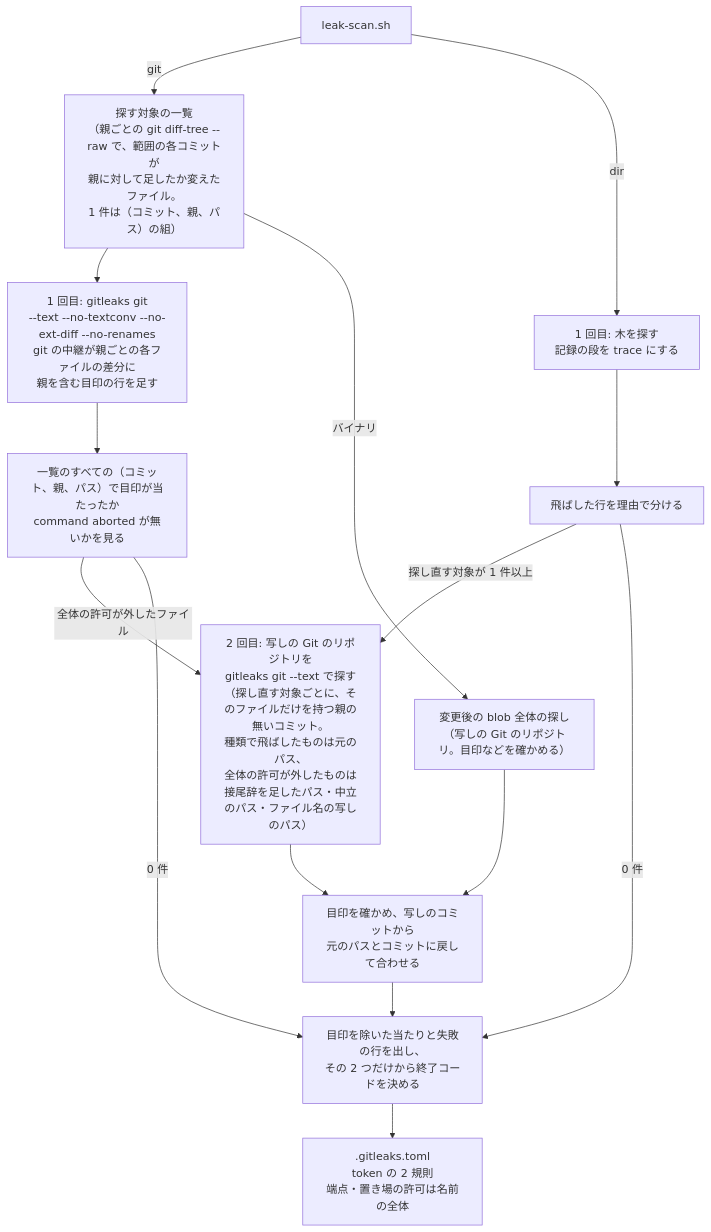
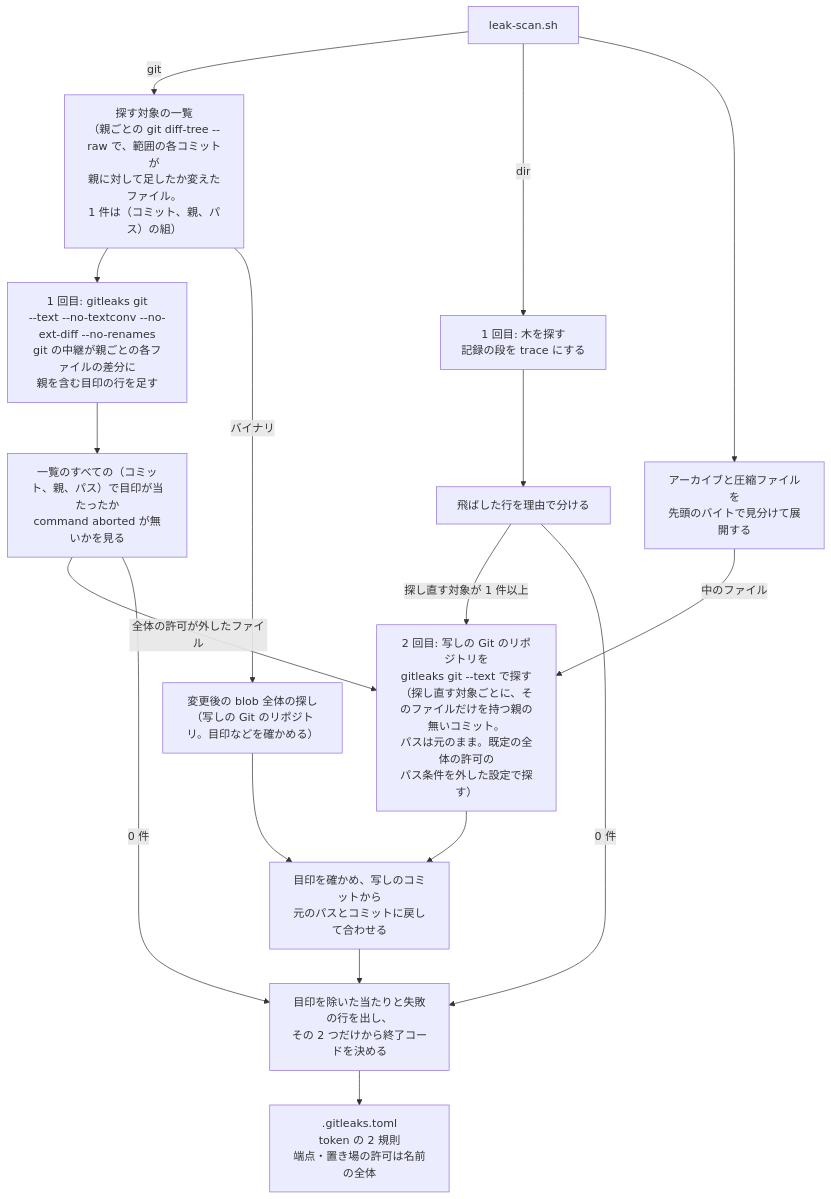
Before and after one commit to devbasex/nd-factory: the second of 3 diagrams in issues/issue-98-design.md, drawn with Mermaid. The commit also changed other lines of this file and 1 other file, not shown here.

````diff
--- a/issues/issue-98-design.md
+++ b/issues/issue-98-design.md
@@ -68,17 +70,19 @@
 ```mermaid
 flowchart TD
     scan["leak-scan.sh"] -->|git| list["探す対象の一覧<br/>（親ごとの git diff-tree --raw で、範囲の各コミットが<br/>親に対して足したか変えたファイル。<br/>1 件は（コミット、親、パス）の組）"]
     list --> ggit["1 回目: gitleaks git<br/>--text --no-textconv --no-ext-diff --no-renames<br/>git の中継が親ごとの各ファイルの差分に<br/>親を含む目印の行を足す"]
     ggit --> gchk["一覧のすべての（コミット、親、パス）で目印が当たったか<br/>command aborted が無いかを見る"]
     scan -->|dir| p1["1 回目: 木を探す<br/>記録の段を trace にする"]
     p1 --> pick["飛ばした行を理由で分ける"]
+    scan --> arc["アーカイブと圧縮ファイルを<br/>先頭のバイトで見分けて展開する"]
+    arc -->|中のファイル| p2
     gchk -->|全体の許可が外したファイル| p2
     list -->|バイナリ| blob["変更後の blob 全体の探し<br/>（写しの Git のリポジトリ。目印などを確かめる）"]
     blob --> merge
-    pick -->|探し直す対象が 1 件以上| p2["2 回目: 写しの Git のリポジトリを<br/>gitleaks git --text で探す<br/>（探し直す対象ごとに、そのファイルだけを持つ親の無いコミット。<br/>種類で飛ばしたものは元のパス、<br/>全体の許可が外したものは接尾辞を足したパス・中立のパス・ファイル名の写しのパス）"]
+    pick -->|探し直す対象が 1 件以上| p2["2 回目: 写しの Git のリポジトリを<br/>gitleaks git --text で探す<br/>（探し直す対象ごとに、そのファイルだけを持つ親の無いコミット。<br/>パスは元のまま。既定の全体の許可の<br/>パス条件を外した設定で探す）"]
     p2 --> merge["目印を確かめ、写しのコミットから<br/>元のパスとコミットに戻して合わせる"]
     pick -->|0 件| out["目印を除いた当たりと失敗の行を出し、<br/>その 2 つだけから終了コードを決める"]
     gchk -->|0 件| out
     merge --> out
     out --> rules[".gitleaks.toml<br/>token の 2 規則<br/>端点・置き場の許可は名前の全体"]
 ```
````
